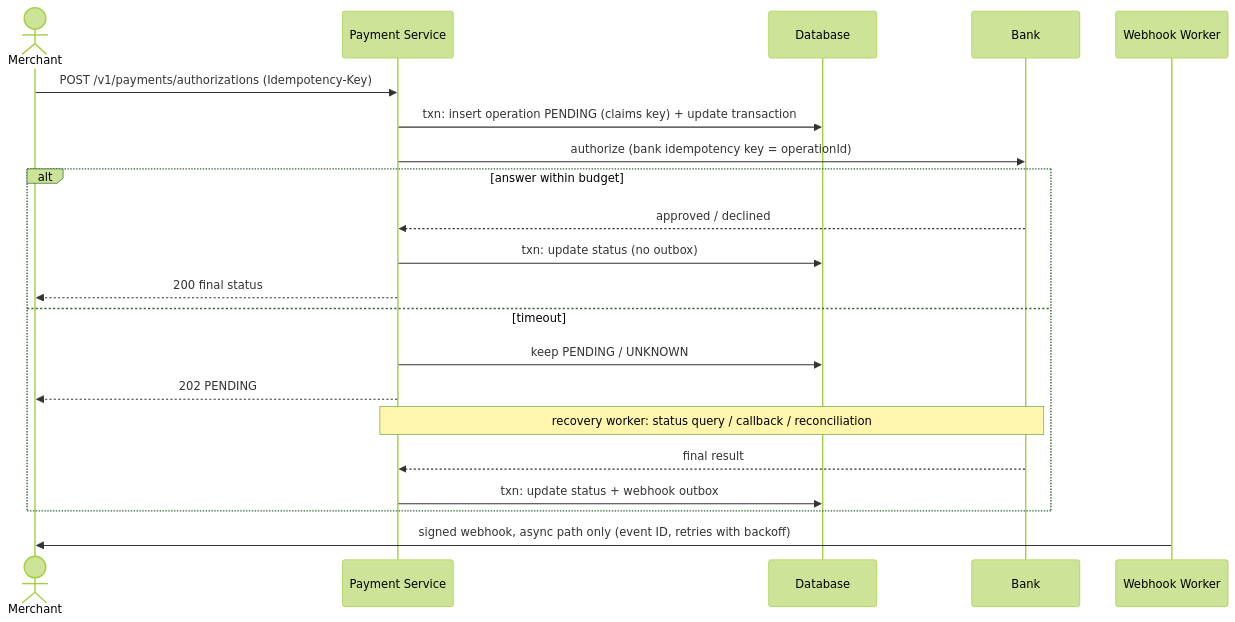
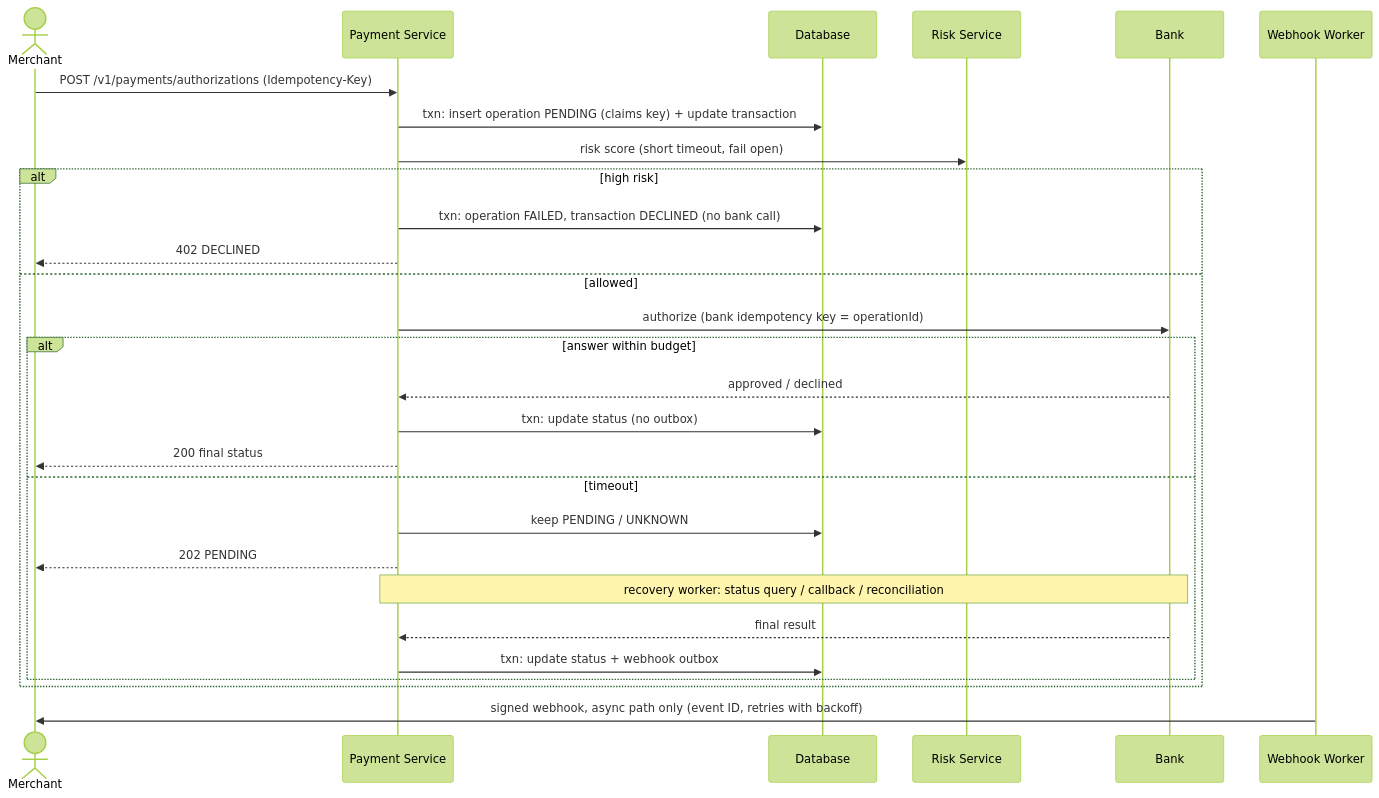
The third of 4 diagrams in system-design/payment-processor-design-prep.md (lingyun3730/future), drawn with Mermaid (forest theme) before and after one commit. The commit also changed other lines of this file, not shown here.

Commit message:
Add risk service and read store to payment processor diagrams

````diff
--- a/system-design/payment-processor-design-prep.md
+++ b/system-design/payment-processor-design-prep.md
@@ -1228,24 +1230,31 @@
 ```mermaid
 sequenceDiagram
     actor M as Merchant
     participant API as Payment Service
     participant DB as Database
+    participant RS as Risk Service
     participant BK as Bank
     participant WW as Webhook Worker
 
     M->>API: POST /v1/payments/authorizations (Idempotency-Key)
     API->>DB: txn: insert operation PENDING (claims key) + update transaction
-    API->>BK: authorize (bank idempotency key = operationId)
-    alt answer within budget
-        BK-->>API: approved / declined
-        API->>DB: txn: update status (no outbox)
-        API-->>M: 200 final status
-    else timeout
-        API->>DB: keep PENDING / UNKNOWN
-        API-->>M: 202 PENDING
-        Note over API,BK: recovery worker: status query / callback / reconciliation
-        BK-->>API: final result
-        API->>DB: txn: update status + webhook outbox
+    API->>RS: risk score (short timeout, fail open)
+    alt high risk
+        API->>DB: txn: operation FAILED, transaction DECLINED (no bank call)
+        API-->>M: 402 DECLINED
+    else allowed
+        API->>BK: authorize (bank idempotency key = operationId)
+        alt answer within budget
+            BK-->>API: approved / declined
+            API->>DB: txn: update status (no outbox)
+            API-->>M: 200 final status
+        else timeout
+            API->>DB: keep PENDING / UNKNOWN
+            API-->>M: 202 PENDING
+            Note over API,BK: recovery worker: status query / callback / reconciliation
+            BK-->>API: final result
+            API->>DB: txn: update status + webhook outbox
+        end
     end
     WW->>M: signed webhook, async path only (event ID, retries with backoff)
 ```
````
